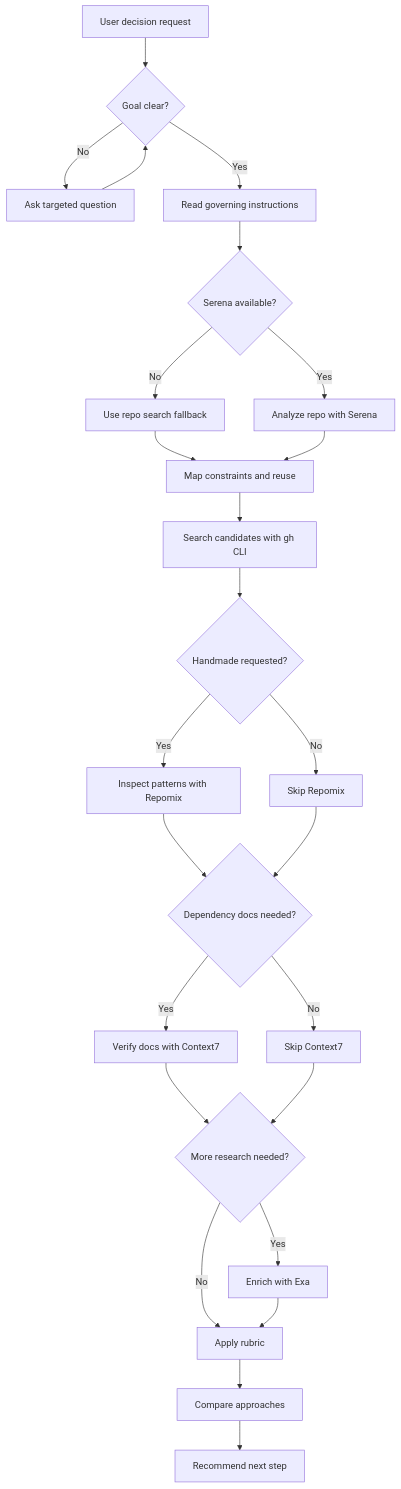
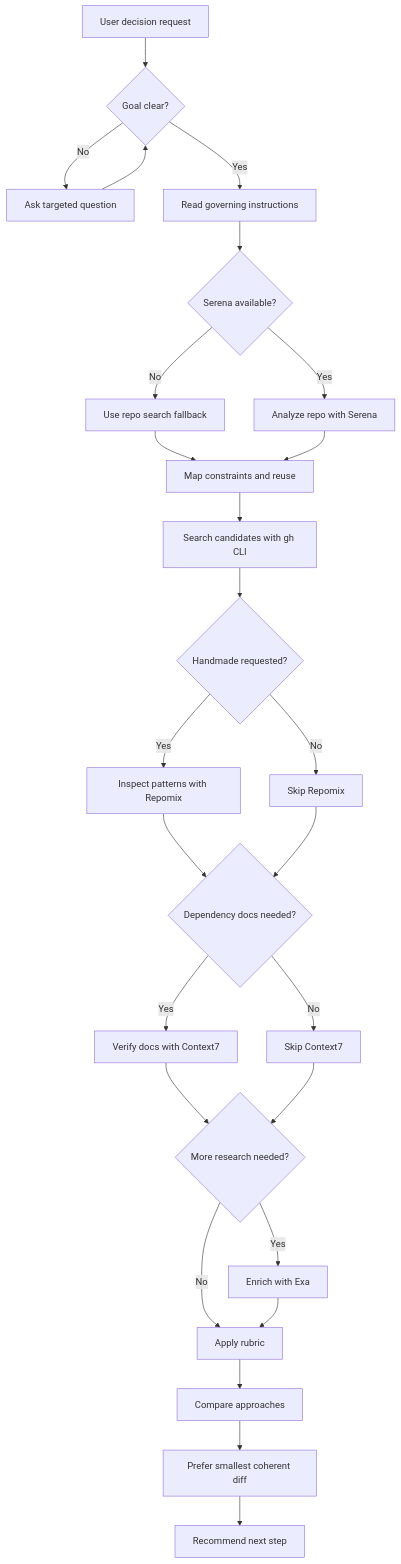
The diagram in skills/brainstorm/SKILL.md (mvagnon/plan-based-agentic-workflow), drawn with Mermaid before and after one commit. The commit also changed other lines of this file and 10 other files, not shown here.

````diff
--- a/skills/brainstorm/SKILL.md
+++ b/skills/brainstorm/SKILL.md
@@ -22,27 +24,28 @@
 ```mermaid
 flowchart TD
   A[User decision request] --> B{Goal clear?}
   B -->|No| C[Ask targeted question]
   C --> B
   B -->|Yes| D[Read governing instructions]
   D --> E{Serena available?}
   E -->|No| F[Use repo search fallback]
   E -->|Yes| G[Analyze repo with Serena]
   F --> H[Map constraints and reuse]
   G --> H
   H --> I[Search candidates with gh CLI]
   I --> J{Handmade requested?}
   J -->|Yes| K[Inspect patterns with Repomix]
   J -->|No| L[Skip Repomix]
   K --> M{Dependency docs needed?}
   L --> M
   M -->|Yes| N[Verify docs with Context7]
   M -->|No| O[Skip Context7]
   N --> P{More research needed?}
   O --> P
   P -->|Yes| Q[Enrich with Exa]
   P -->|No| R[Apply rubric]
   Q --> R
   R --> S[Compare approaches]
-  S --> T[Recommend next step]
+  S --> T[Prefer smallest coherent diff]
+  T --> U[Recommend next step]
 ```
````
